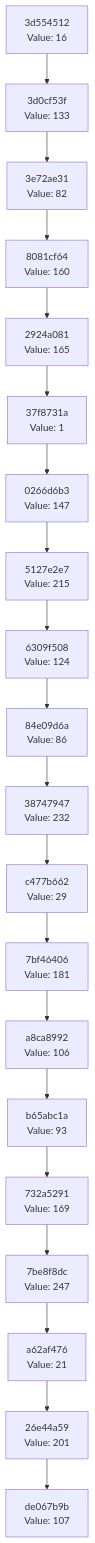
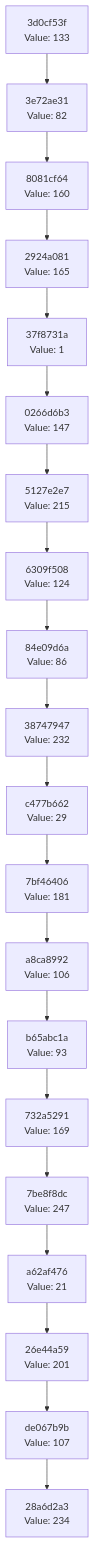
Before and after one commit to Abhisheksinha1506/hash-chain-evolver: the diagram in docs/CHAIN_VISUALIZATION.md, drawn with Mermaid. The commit also changed 3 other files, not shown here.

````diff
--- a/docs/CHAIN_VISUALIZATION.md
+++ b/docs/CHAIN_VISUALIZATION.md
@@ -3,42 +3,42 @@
 ```mermaid
 graph TD
-    C0["de067b9b<br/>Value: 107"]
-    C1["26e44a59<br/>Value: 201"]
+    C0["28a6d2a3<br/>Value: 234"]
+    C1["de067b9b<br/>Value: 107"]
     C1 --> C0
-    C2["a62af476<br/>Value: 21"]
+    C2["26e44a59<br/>Value: 201"]
     C2 --> C1
-    C3["7be8f8dc<br/>Value: 247"]
+    C3["a62af476<br/>Value: 21"]
     C3 --> C2
-    C4["732a5291<br/>Value: 169"]
+    C4["7be8f8dc<br/>Value: 247"]
     C4 --> C3
-    C5["b65abc1a<br/>Value: 93"]
+    C5["732a5291<br/>Value: 169"]
     C5 --> C4
-    C6["a8ca8992<br/>Value: 106"]
+    C6["b65abc1a<br/>Value: 93"]
     C6 --> C5
-    C7["7bf46406<br/>Value: 181"]
+    C7["a8ca8992<br/>Value: 106"]
     C7 --> C6
-    C8["c477b662<br/>Value: 29"]
+    C8["7bf46406<br/>Value: 181"]
     C8 --> C7
-    C9["38747947<br/>Value: 232"]
+    C9["c477b662<br/>Value: 29"]
     C9 --> C8
-    C10["84e09d6a<br/>Value: 86"]
+    C10["38747947<br/>Value: 232"]
     C10 --> C9
-    C11["6309f508<br/>Value: 124"]
+    C11["84e09d6a<br/>Value: 86"]
     C11 --> C10
-    C12["5127e2e7<br/>Value: 215"]
+    C12["6309f508<br/>Value: 124"]
     C12 --> C11
-    C13["0266d6b3<br/>Value: 147"]
+    C13["5127e2e7<br/>Value: 215"]
     C13 --> C12
-    C14["37f8731a<br/>Value: 1"]
+    C14["0266d6b3<br/>Value: 147"]
     C14 --> C13
-    C15["2924a081<br/>Value: 165"]
+    C15["37f8731a<br/>Value: 1"]
     C15 --> C14
-    C16["8081cf64<br/>Value: 160"]
+    C16["2924a081<br/>Value: 165"]
     C16 --> C15
-    C17["3e72ae31<br/>Value: 82"]
+    C17["8081cf64<br/>Value: 160"]
     C17 --> C16
-    C18["3d0cf53f<br/>Value: 133"]
+    C18["3e72ae31<br/>Value: 82"]
     C18 --> C17
-    C19["3d554512<br/>Value: 16"]
+    C19["3d0cf53f<br/>Value: 133"]
     C19 --> C18
 ```
````
